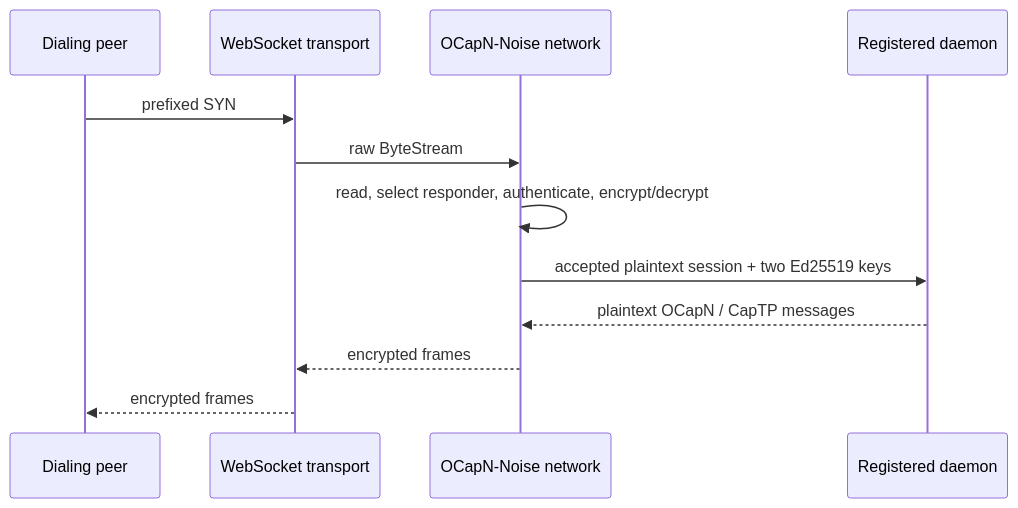
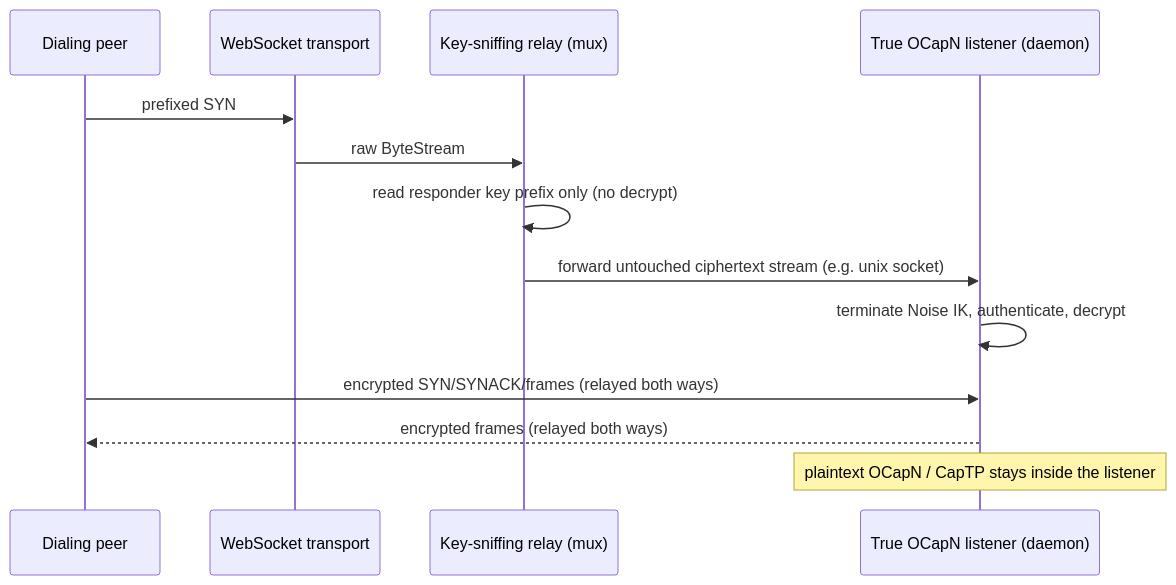
One commit to endojs/endo changed the diagram in designs/ocapn-noise-key-only-session-boundary.md. Above: the diagram before and after it, drawn with Mermaid. The commit also changed other lines of this file and 1 other file, not shown here.

First line of the commit message:
design(ocapn-noise): reframe as dumb key-sniffing ciphertext relay

````diff
--- a/designs/ocapn-noise-key-only-session-boundary.md
+++ b/designs/ocapn-noise-key-only-session-boundary.md
@@ -51,15 +54,16 @@
 ```mermaid
 sequenceDiagram
     participant Peer as Dialing peer
     participant WS as WebSocket transport
-    participant Net as OCapN-Noise network
-    participant Daemon as Registered daemon
+    participant Relay as Key-sniffing relay (mux)
+    participant Listener as True OCapN listener (daemon)
 
     Peer->>WS: prefixed SYN
-    WS->>Net: raw ByteStream
-    Net->>Net: read, select responder, authenticate, encrypt/decrypt
-    Net->>Daemon: accepted plaintext session + two Ed25519 keys
-    Daemon-->>Net: plaintext OCapN / CapTP messages
-    Net-->>WS: encrypted frames
-    WS-->>Peer: encrypted frames
+    WS->>Relay: raw ByteStream
+    Relay->>Relay: read responder key prefix only (no decrypt)
+    Relay->>Listener: forward untouched ciphertext stream (e.g. unix socket)
+    Listener->>Listener: terminate Noise IK, authenticate, decrypt
+    Peer->>Listener: encrypted SYN/SYNACK/frames (relayed both ways)
+    Listener-->>Peer: encrypted frames (relayed both ways)
+    Note over Listener: plaintext OCapN / CapTP stays inside the listener
 ```
````
